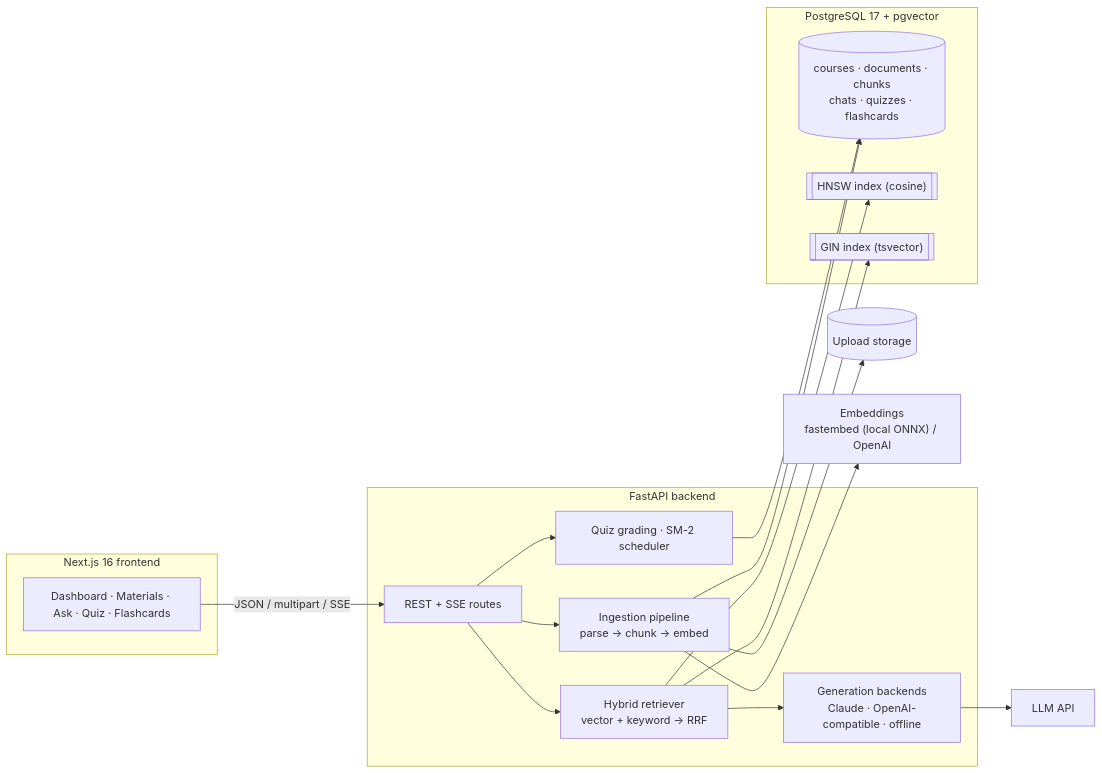
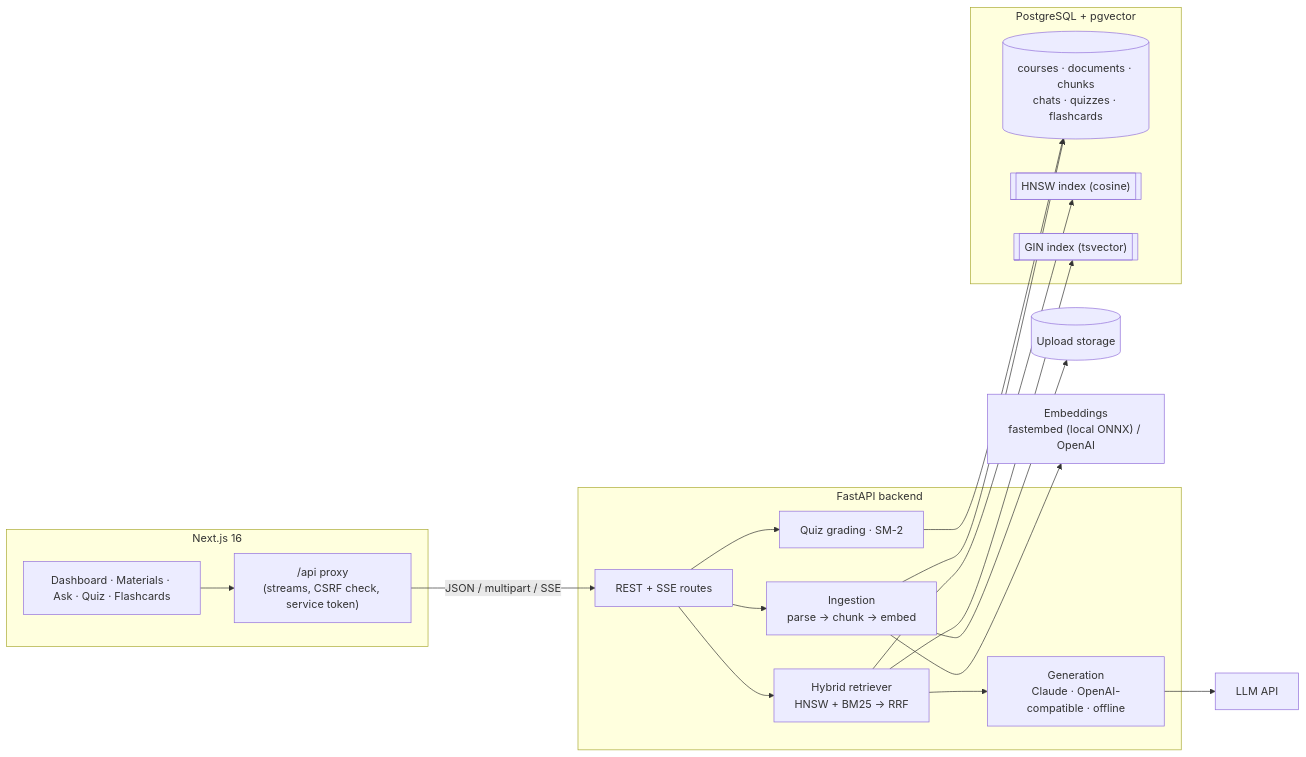
Before and after one commit to Elysia0126/ai-course-assistant: the first of 2 diagrams in README.md, drawn with Mermaid. The commit also changed other lines of this file and 2 other files, not shown here.

Commit message:
docs: retrieval-quality results, verification record, updated architecture, config, API and resume bullets

````diff
--- a/README.md
+++ b/README.md
@@ -57,34 +77,36 @@
 ```mermaid
 flowchart LR
-    subgraph Browser["Next.js 16 frontend"]
+    subgraph Web["Next.js 16"]
         UI["Dashboard · Materials · Ask · Quiz · Flashcards"]
+        Proxy["/api proxy<br/>(streams, CSRF check, service token)"]
     end
 
     subgraph API["FastAPI backend"]
         Routes["REST + SSE routes"]
-        Ingest["Ingestion pipeline<br/>parse → chunk → embed"]
-        Retriever["Hybrid retriever<br/>vector + keyword → RRF"]
-        Gen["Generation backends<br/>Claude · OpenAI-compatible · offline"]
-        Study["Quiz grading · SM-2 scheduler"]
+        Ingest["Ingestion<br/>parse → chunk → embed"]
+        Retriever["Hybrid retriever<br/>HNSW + BM25 → RRF"]
+        Gen["Generation<br/>Claude · OpenAI-compatible · offline"]
+        Study["Quiz grading · SM-2"]
     end
 
-    subgraph Data["PostgreSQL 17 + pgvector"]
+    subgraph Data["PostgreSQL + pgvector"]
         Tables[("courses · documents · chunks<br/>chats · quizzes · flashcards")]
         HNSW[["HNSW index (cosine)"]]
         GIN[["GIN index (tsvector)"]]
     end
 
     Files[("Upload storage")]
     Embed["Embeddings<br/>fastembed (local ONNX) / OpenAI"]
     LLM["LLM API"]
 
-    UI -- "JSON / multipart / SSE" --> Routes
+    UI --> Proxy
+    Proxy -- "JSON / multipart / SSE" --> Routes
     Routes --> Ingest & Retriever & Study
     Ingest --> Files
     Ingest --> Embed
     Ingest --> Tables
     Retriever --> HNSW & GIN
     Retriever --> Gen
     Gen --> LLM
     Study --> Tables
 ```
````
